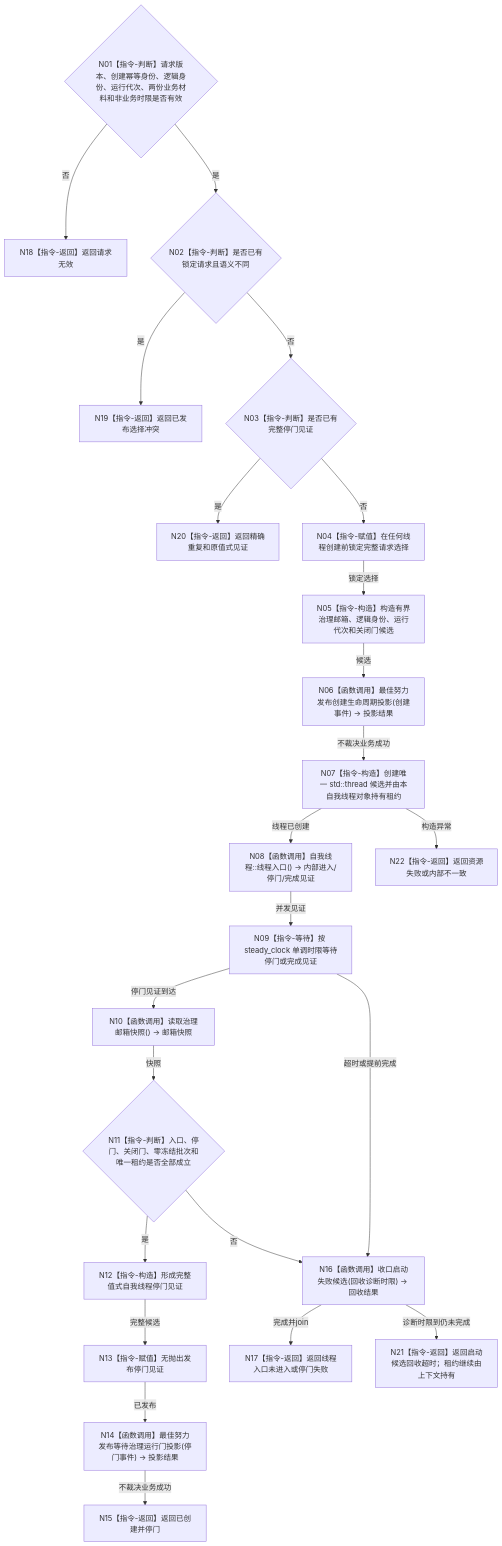
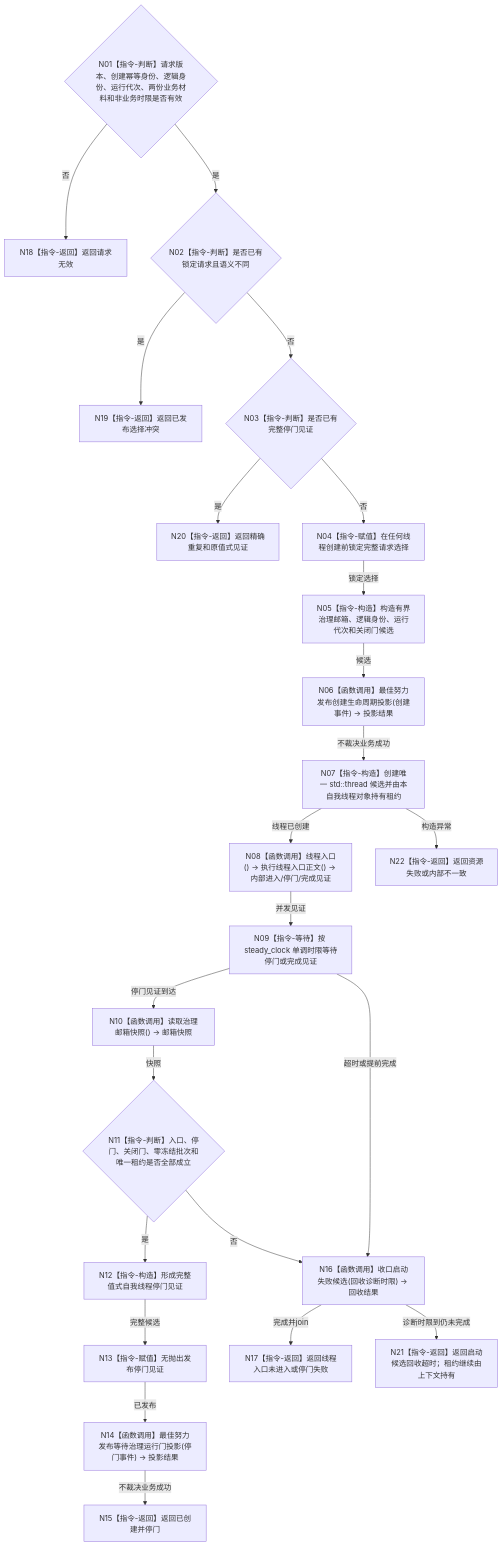
The diagram in 流程图/目标业务流程图/L3/BIZ-L3-001-03-11_创建并使自我线程停在治理运行门_目标函数流程图_v0.1.md (chunhaizh-cyber/HY-Ego), drawn with Mermaid before and after one commit. The commit also changed other lines of this file and 16 other files, not shown here.

````diff
--- a/流程图/目标业务流程图/L3/BIZ-L3-001-03-11_创建并使自我线程停在治理运行门_目标函数流程图_v0.1.md
+++ b/流程图/目标业务流程图/L3/BIZ-L3-001-03-11_创建并使自我线程停在治理运行门_目标函数流程图_v0.1.md
@@ -29,25 +29,25 @@
 ```mermaid
 flowchart TD
     N01{"N01【指令-判断】请求版本、创建幂等身份、逻辑身份、运行代次、两份业务材料和非业务时限是否有效"} -->|否| N18["N18【指令-返回】返回请求无效"]
     N01 -->|是| N02{"N02【指令-判断】是否已有锁定请求且语义不同"}
     N02 -->|是| N19["N19【指令-返回】返回已发布选择冲突"]
     N02 -->|否| N03{"N03【指令-判断】是否已有完整停门见证"}
     N03 -->|是| N20["N20【指令-返回】返回精确重复和原值式见证"]
     N03 -->|否| N04["N04【指令-赋值】在任何线程创建前锁定完整请求选择"]
     N04 -->|锁定选择| N05["N05【指令-构造】构造有界治理邮箱、逻辑身份、运行代次和关闭门候选"]
     N05 -->|候选| N06["N06【函数调用】最佳努力发布创建生命周期投影(创建事件) -> 投影结果"]
     N06 -->|不裁决业务成功| N07["N07【指令-构造】创建唯一 std::thread 候选并由本自我线程对象持有租约"]
-    N07 -->|线程已创建| N08["N08【函数调用】自我线程::线程入口() -> 内部进入/停门/完成见证"]
+    N07 -->|线程已创建| N08["N08【函数调用】线程入口() -> 执行线程入口正文() -> 内部进入/停门/完成见证"]
     N08 -->|并发见证| N09["N09【指令-等待】按 steady_clock 单调时限等待停门或完成见证"]
     N09 -->|停门见证到达| N10["N10【函数调用】读取治理邮箱快照() -> 邮箱快照"]
     N10 -->|快照| N11{"N11【指令-判断】入口、停门、关闭门、零冻结批次和唯一租约是否全部成立"}
     N11 -->|是| N12["N12【指令-构造】形成完整值式自我线程停门见证"]
     N12 -->|完整候选| N13["N13【指令-赋值】无抛出发布停门见证"]
     N13 -->|已发布| N14["N14【函数调用】最佳努力发布等待治理运行门投影(停门事件) -> 投影结果"]
     N14 -->|不裁决业务成功| N15["N15【指令-返回】返回已创建并停门"]
     N09 -->|超时或提前完成| N16["N16【函数调用】收口启动失败候选(回收诊断时限) -> 回收结果"]
     N11 -->|否| N16
     N16 -->|完成并join| N17["N17【指令-返回】返回线程入口未进入或停门失败"]
     N16 -->|诊断时限到仍未完成| N21["N21【指令-返回】返回启动候选回收超时；租约继续由上下文持有"]
     N07 -->|构造异常| N22["N22【指令-返回】返回资源失败或内部不一致"]
 ```
````
